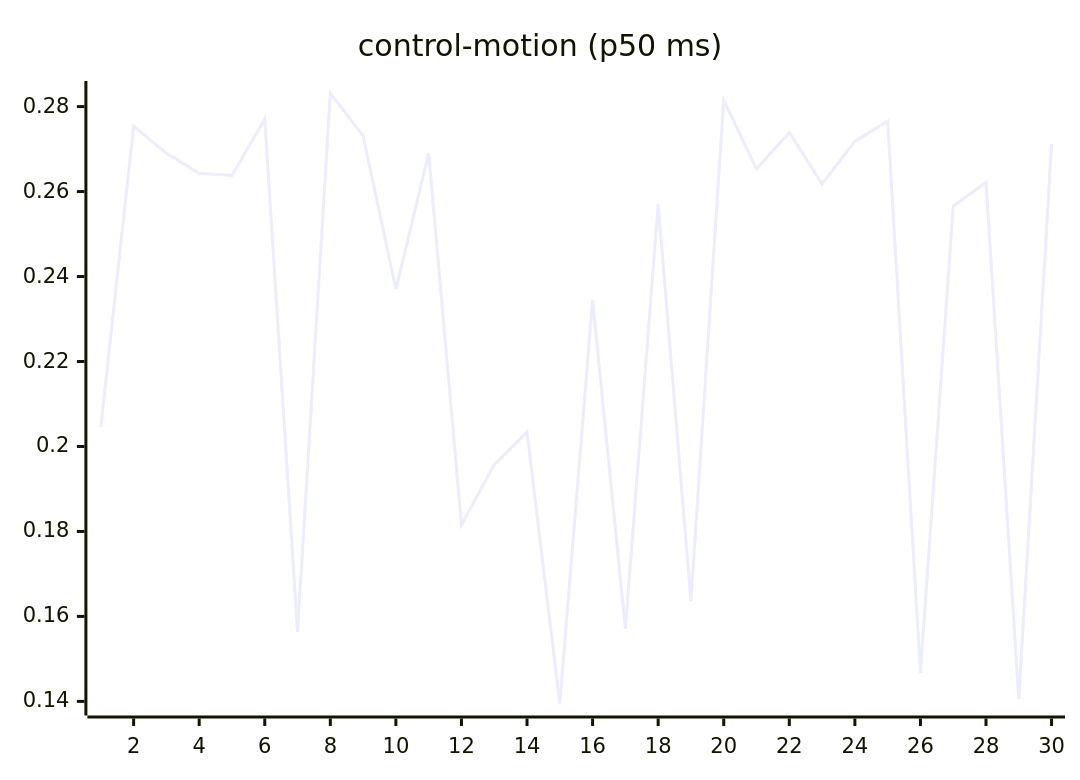
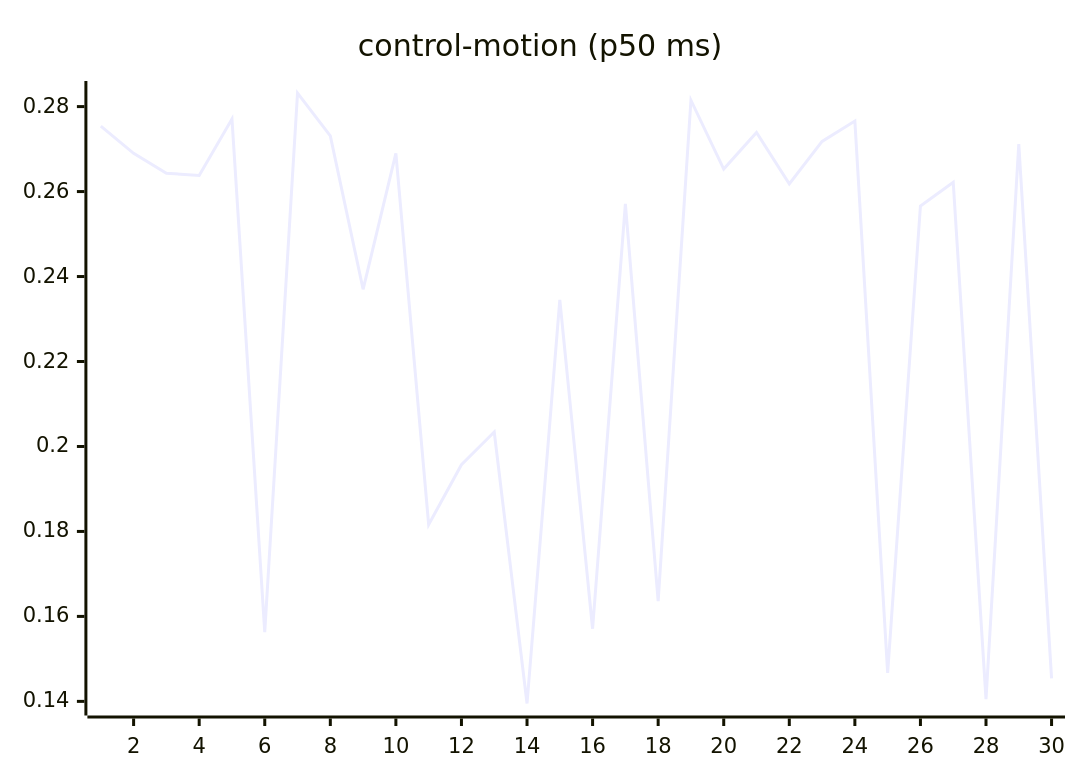
One commit to josha/Facet changed the seventh of 27 diagrams in README.md. Above: the diagram before and after it, drawn with Mermaid. The commit also changed other lines of this file and 2 other files, not shown here.

````diff
--- a/README.md
+++ b/README.md
@@ -105,6 +105,6 @@
 ```mermaid
 xychart-beta
     title "control-motion (p50 ms)"
     x-axis 1 --> 30
-    line [0.2045, 0.2754, 0.2690, 0.2643, 0.2638, 0.2771, 0.1563, 0.2832, 0.2731, 0.2370, 0.2690, 0.1816, 0.1957, 0.2034, 0.1395, 0.2345, 0.1571, 0.2571, 0.1636, 0.2815, 0.2653, 0.2739, 0.2618, 0.2718, 0.2766, 0.1467, 0.2566, 0.2622, 0.1405, 0.2712]
+    line [0.2754, 0.2690, 0.2643, 0.2638, 0.2771, 0.1563, 0.2832, 0.2731, 0.2370, 0.2690, 0.1816, 0.1957, 0.2034, 0.1395, 0.2345, 0.1571, 0.2571, 0.1636, 0.2815, 0.2653, 0.2739, 0.2618, 0.2718, 0.2766, 0.1467, 0.2566, 0.2622, 0.1405, 0.2712, 0.1454]
 ```
````
